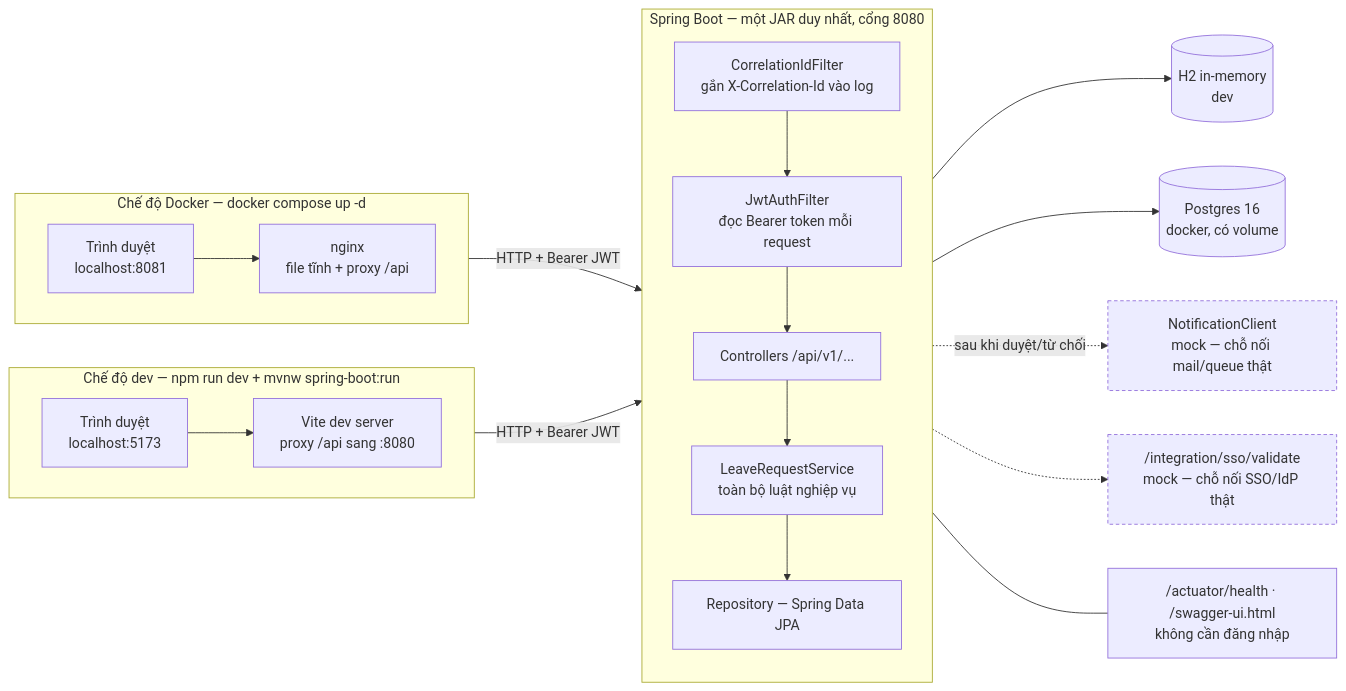
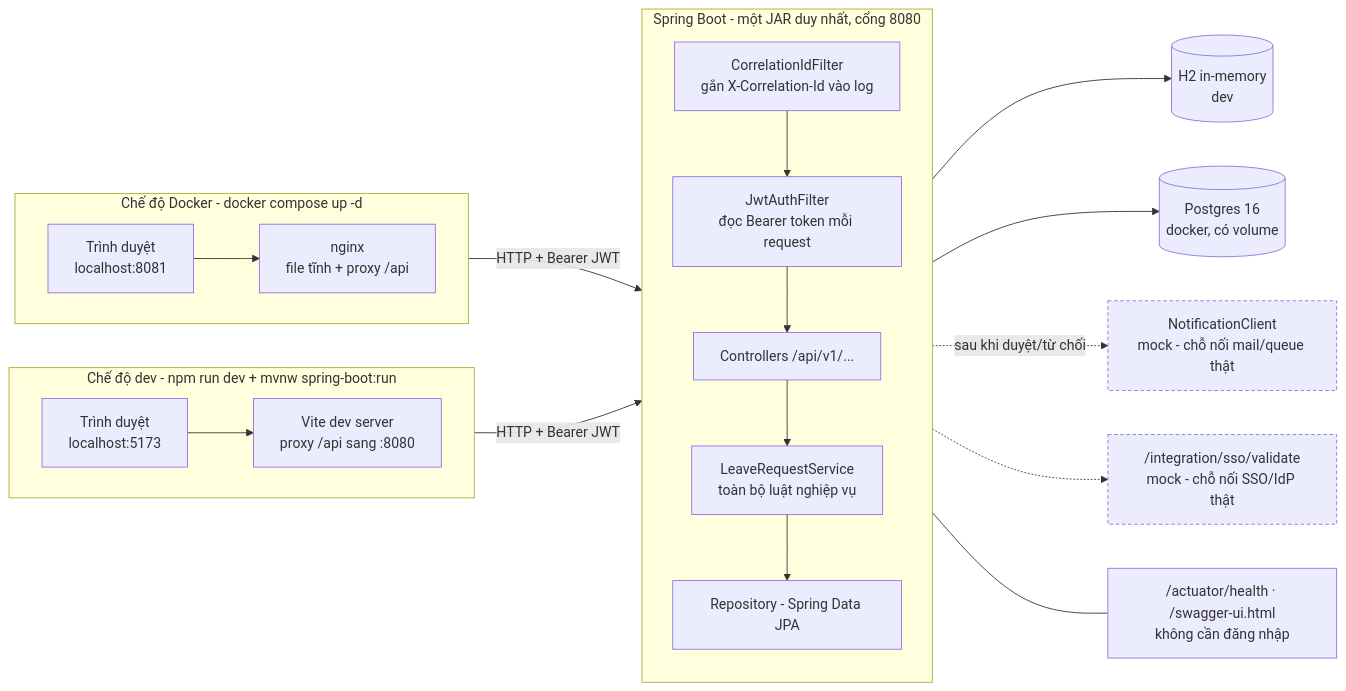
One commit to Lucky160706/Employee-Workflow-and-Leave-Management-Platform changed the first of 4 diagrams in README.md. Above: the diagram before and after it, drawn with Mermaid. The commit also changed other lines of this file and 5 other files, not shown here.

````diff
--- a/README.md
+++ b/README.md
@@ -124,43 +124,43 @@
 ```mermaid
 flowchart LR
-    subgraph DEV["Chế độ dev — npm run dev + mvnw spring-boot:run"]
+    subgraph DEV["Chế độ dev - npm run dev + mvnw spring-boot:run"]
         direction LR
         B1["Trình duyệt<br/>localhost:5173"]
         V["Vite dev server<br/>proxy /api sang :8080"]
         B1 --> V
     end
 
-    subgraph DOCKER["Chế độ Docker — docker compose up -d"]
+    subgraph DOCKER["Chế độ Docker - docker compose up -d"]
         direction LR
         B2["Trình duyệt<br/>localhost:8081"]
         N["nginx<br/>file tĩnh + proxy /api"]
         B2 --> N
     end
 
-    subgraph BE["Spring Boot — một JAR duy nhất, cổng 8080"]
+    subgraph BE["Spring Boot - một JAR duy nhất, cổng 8080"]
         direction TB
         F1["CorrelationIdFilter<br/>gắn X-Correlation-Id vào log"]
         F2["JwtAuthFilter<br/>đọc Bearer token mỗi request"]
         C["Controllers /api/v1/..."]
         S["LeaveRequestService<br/>toàn bộ luật nghiệp vụ"]
-        R["Repository — Spring Data JPA"]
+        R["Repository - Spring Data JPA"]
         F1 --> F2 --> C --> S --> R
     end
 
     OPS["/actuator/health · /swagger-ui.html<br/>không cần đăng nhập"]
     DBH[("H2 in-memory<br/>dev")]
     DBP[("Postgres 16<br/>docker, có volume")]
-    MAIL["NotificationClient<br/>mock — chỗ nối mail/queue thật"]
-    SSO["/integration/sso/validate<br/>mock — chỗ nối SSO/IdP thật"]
+    MAIL["NotificationClient<br/>mock - chỗ nối mail/queue thật"]
+    SSO["/integration/sso/validate<br/>mock - chỗ nối SSO/IdP thật"]
 
     V -->|"HTTP + Bearer JWT"| F1
     N -->|"HTTP + Bearer JWT"| F1
     R --> DBH
     R --> DBP
     S -.->|"sau khi duyệt/từ chối"| MAIL
     C -.-> SSO
     BE --- OPS
 
     classDef mock stroke-dasharray: 4 3;
     class MAIL,SSO mock
 ```
````
